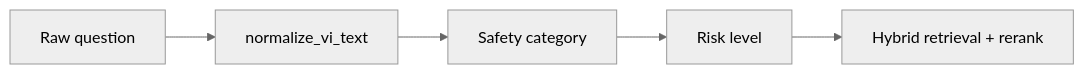
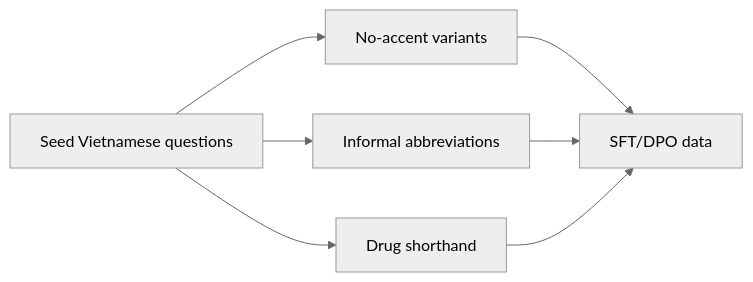
Before and after one commit to QuangVoAI/medical-llm-medication-safety-vi: the second of 3 diagrams in docs/PIPELINE.md, drawn with Mermaid (neutral theme). The commit also changed other lines of this file and 3 other files, not shown here.

Commit message:
Refocus lab presentation on SFT and DPO

````diff
--- a/docs/PIPELINE.md
+++ b/docs/PIPELINE.md
@@ -23,7 +23,9 @@
 ```mermaid
 flowchart LR
-    A["Raw question"] --> B["normalize_vi_text"]
-    B --> C["Safety category"]
-    C --> D["Risk level"]
-    D --> E["Hybrid retrieval + rerank"]
+    A["Seed Vietnamese questions"] --> B["No-accent variants"]
+    A --> C["Informal abbreviations"]
+    A --> D["Drug shorthand"]
+    B --> E["SFT/DPO data"]
+    C --> E
+    D --> E
 ```
````
